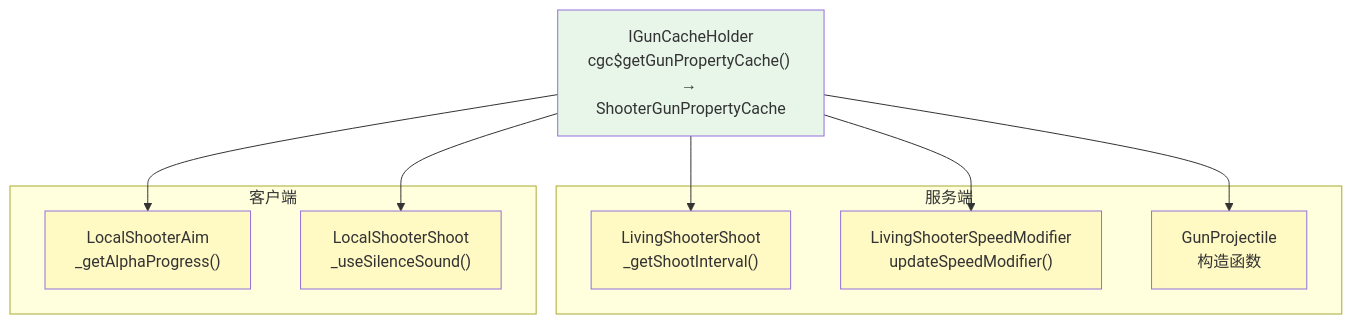
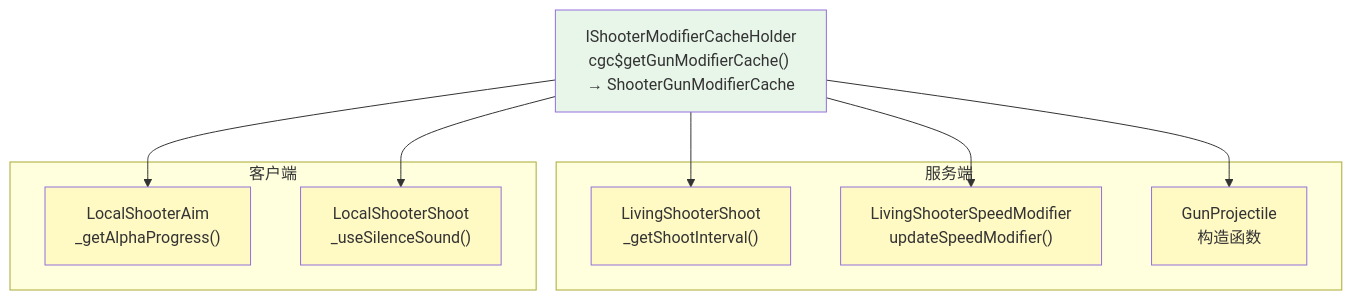
One commit to XColorful/Custom-Gun-Continued changed the diagram in docs/architecture/core/entity/shooter/modifier/consumer-sites.md. Above: the diagram before and after it, drawn with Mermaid. The commit also changed other lines of this file and 9 other files, not shown here.

````diff
--- a/docs/architecture/core/entity/shooter/modifier/consumer-sites.md
+++ b/docs/architecture/core/entity/shooter/modifier/consumer-sites.md
@@ -8,28 +8,28 @@
 ```mermaid
 graph TB
-    IGC["IGunCacheHolder<br/>cgc$getGunPropertyCache() → ShooterGunPropertyCache"]
+    ISMC["IShooterModifierCacheHolder<br/>cgc$getGunModifierCache() → ShooterGunModifierCache"]
 
     subgraph "服务端"
         LSS["LivingShooterShoot<br/>_getShootInterval()"]
         LSSM["LivingShooterSpeedModifier<br/>updateSpeedModifier()"]
         GP["GunProjectile<br/>构造函数"]
     end
 
     subgraph "客户端"
         LSA["LocalShooterAim<br/>_getAlphaProgress()"]
         LSS_C["LocalShooterShoot<br/>_useSilenceSound()"]
     end
 
-    IGC --> LSS
-    IGC --> LSSM
-    IGC --> GP
-    IGC --> LSA
-    IGC --> LSS_C
+    ISMC --> LSS
+    ISMC --> LSSM
+    ISMC --> GP
+    ISMC --> LSA
+    ISMC --> LSS_C
 
-    style IGC fill:#e8f5e9
+    style ISMC fill:#e8f5e9
     style LSS fill:#fff9c4
     style LSSM fill:#fff9c4
     style GP fill:#fff9c4
     style LSA fill:#fff9c4
     style LSS_C fill:#fff9c4
 ```
````
